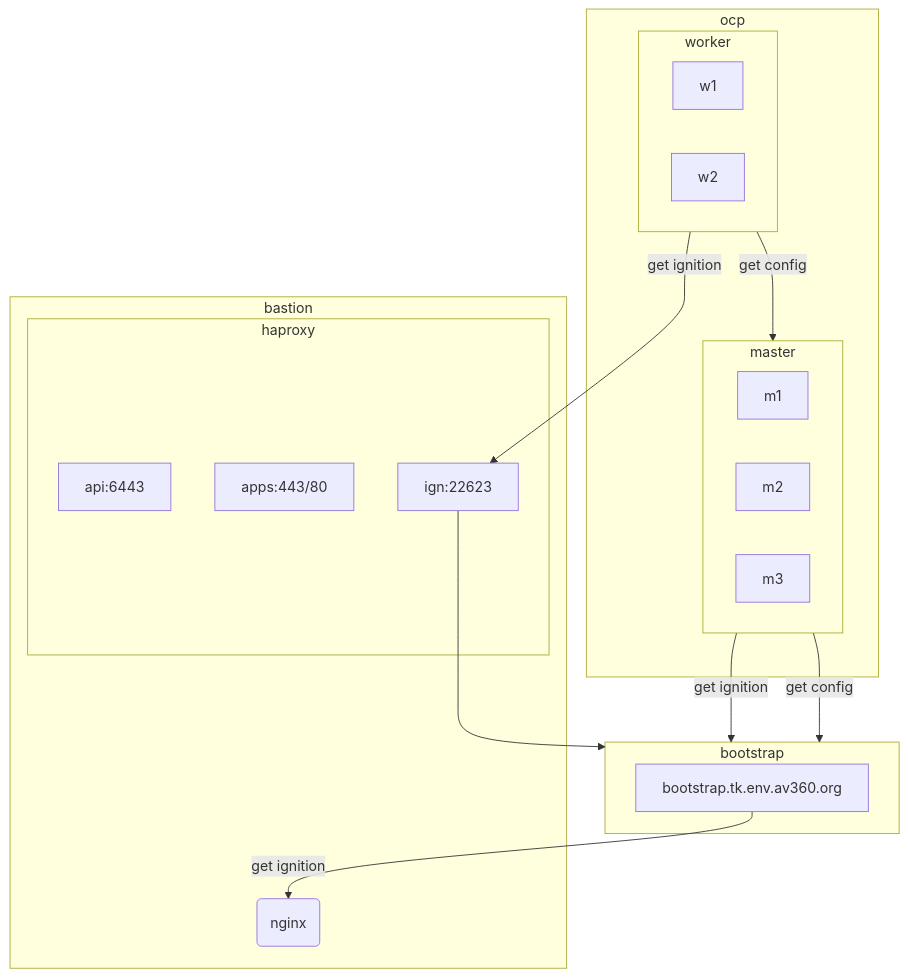
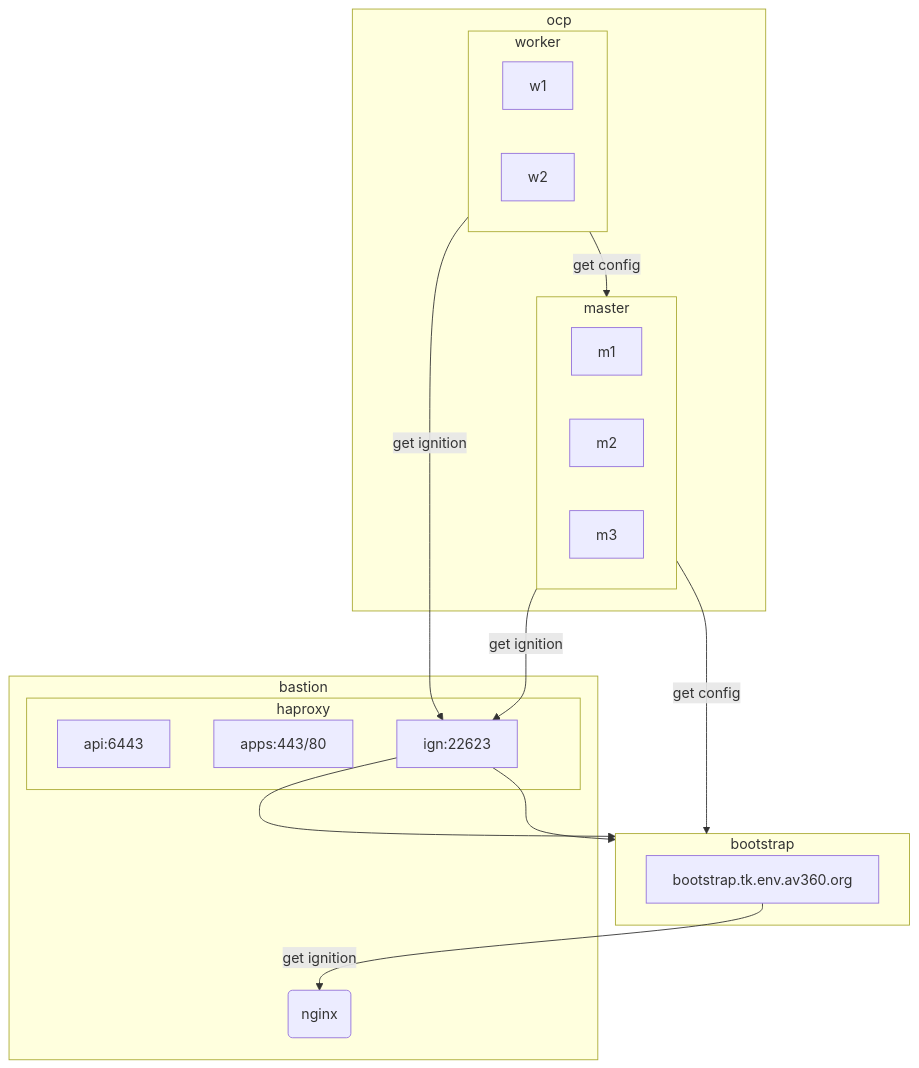
The diagram in README.md (tkops/ocp4), drawn with Mermaid before and after one commit.

````diff
--- a/README.md
+++ b/README.md
@@ -3,29 +3,29 @@
 ```mermaid
 flowchart TD
     subgraph ocp
        subgraph master
            m1;m2;m3
         end
         subgraph worker
           w1;w2
         end
     end
     subgraph bootstrap
       b1[bootstrap.tk.env.av360.org]
     end
     subgraph bastion
       n1(nginx)
       subgraph haproxy
          h1[api:6443]
          h2[apps:443/80]
          h3[ign:22623]
       end
     end
     b1 --get ignition--> n1
-    master --get ignition--> bootstrap
+    master --get ignition--> h3 --> bootstrap
     master --get config--> bootstrap
     worker --get ignition--> h3 --> bootstrap
     worker --get config--> master
 
     
 ```
````
